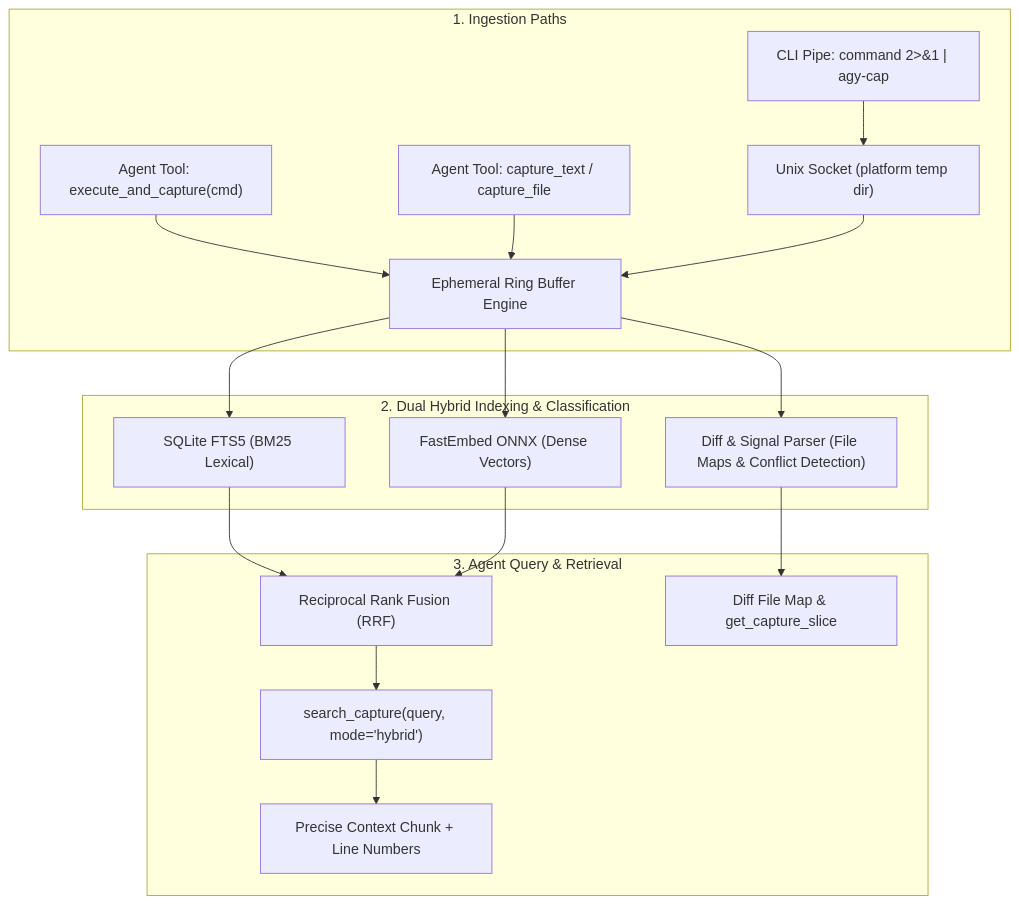
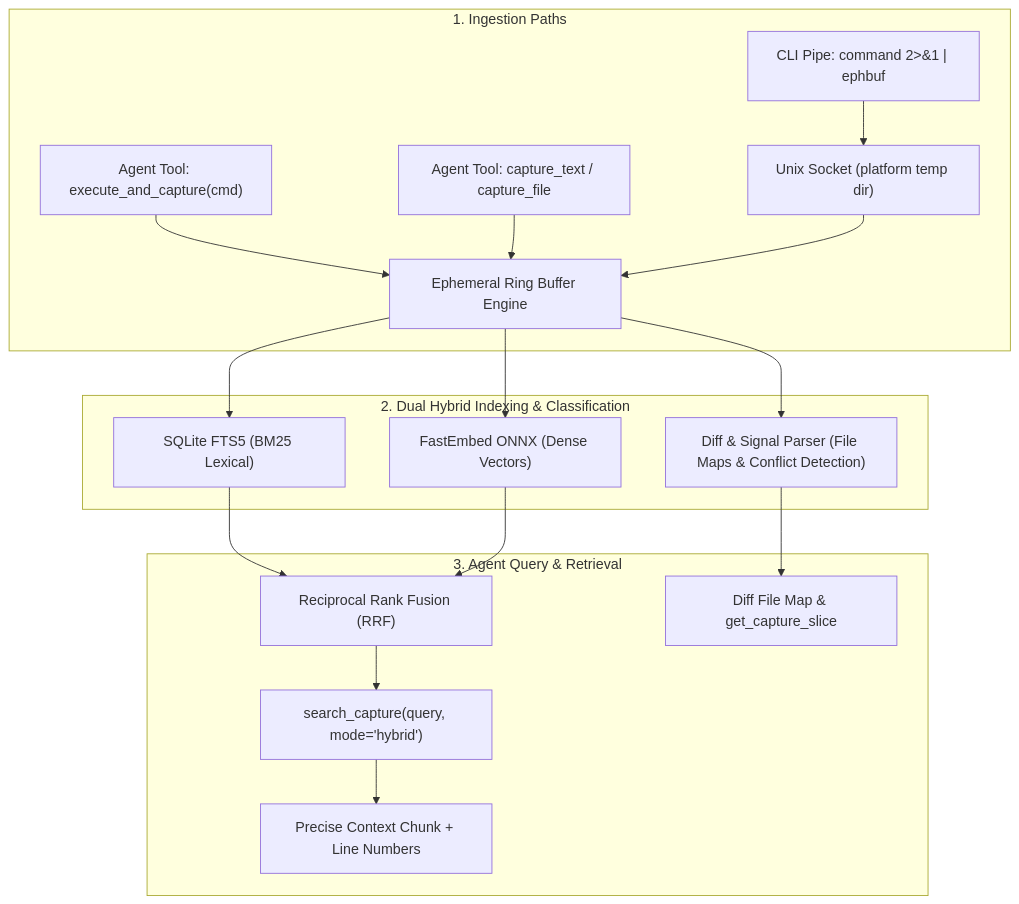
Before and after one commit to k-rister/ephemeral-buffer-mcp: the diagram in README.md, drawn with Mermaid. The commit also changed other lines of this file and 4 other files, not shown here.

First line of the commit message:
breaking: rename CLI to ephbuf

````diff
--- a/README.md
+++ b/README.md
@@ -28,22 +28,22 @@
 ```mermaid
 flowchart TD
     subgraph Ingestion["1. Ingestion Paths"]
-        A["CLI Pipe: command 2>&1 | agy-cap"] --> D["Unix Socket (platform temp dir)"]
+        A["CLI Pipe: command 2>&1 | ephbuf"] --> D["Unix Socket (platform temp dir)"]
         B["Agent Tool: execute_and_capture(cmd)"] --> E["Ephemeral Ring Buffer Engine"]
         C["Agent Tool: capture_text / capture_file"] --> E
         D --> E
     end
 
     subgraph Indexing["2. Dual Hybrid Indexing & Classification"]
         E --> F["SQLite FTS5 (BM25 Lexical)"]
         E --> G["FastEmbed ONNX (Dense Vectors)"]
         E --> K["Diff & Signal Parser (File Maps & Conflict Detection)"]
     end
 
     subgraph Querying["3. Agent Query & Retrieval"]
         F & G --> H["Reciprocal Rank Fusion (RRF)"]
         H --> I["search_capture(query, mode='hybrid')"]
         K --> L["Diff File Map & get_capture_slice"]
         I --> J["Precise Context Chunk + Line Numbers"]
     end
 ```
````
